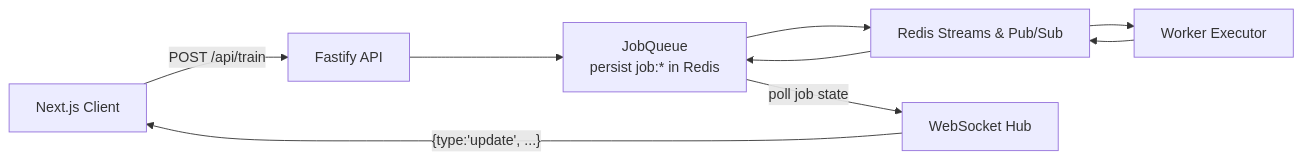
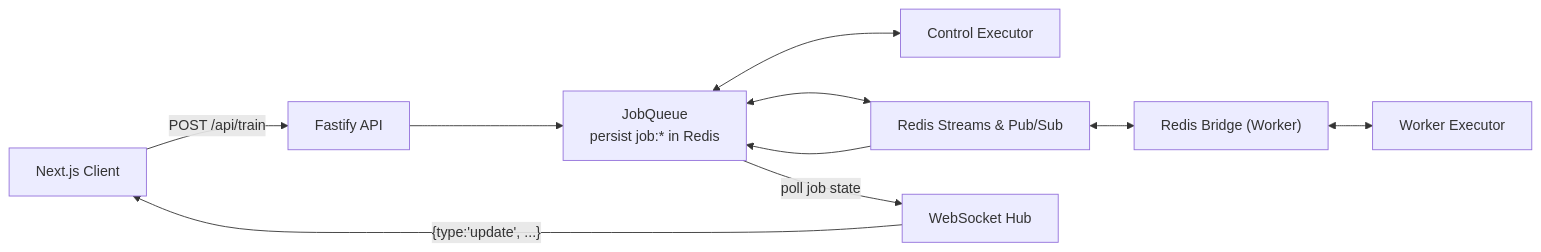
One commit to ktzevani/myspinbot changed the fourth of 4 diagrams in docs/phase2/updates/architecture_overview.md. Above: the diagram before and after it, drawn with Mermaid. The commit also changed other lines of this file and 1 other file, not shown here.

````diff
--- a/docs/phase2/updates/architecture_overview.md
+++ b/docs/phase2/updates/architecture_overview.md
@@ -205,11 +208,12 @@
 ```mermaid
 flowchart LR
     U[Next.js Client] -->|POST /api/train| A[Fastify API]
     A --> B[JobQueue<br/>persist job:* in Redis]
-    B --> C[Redis Streams & Pub/Sub]
-    C --> D[Worker Executor]
-    D --> C
+    B <--> F[Control Executor]
+    B <--> C[Redis Streams & Pub/Sub]
+    C <--> R["Redis Bridge (Worker)"]
+    R <--> D[Worker Executor]
     C --> B
     B -->|poll job state| E[WebSocket Hub]
     E -->|"{type:'update', ...}"| U
 ```
````
